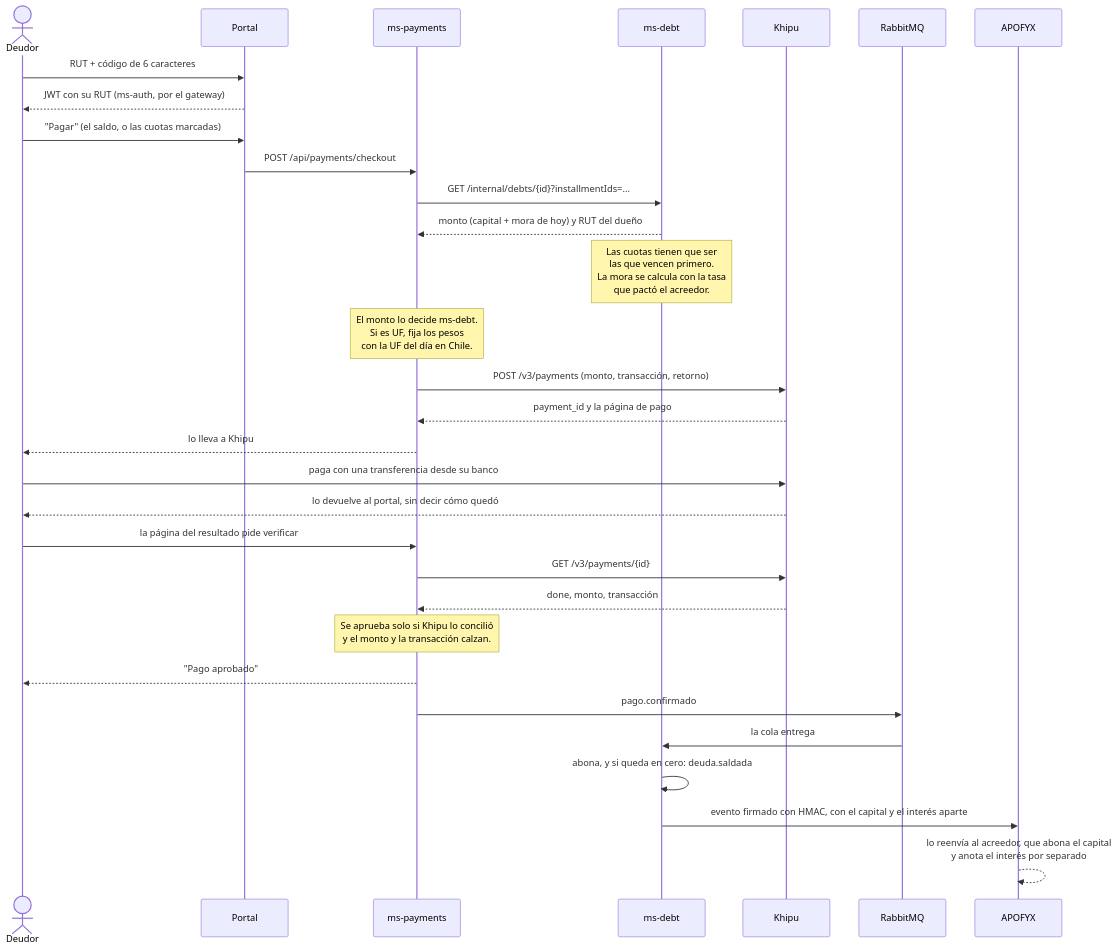
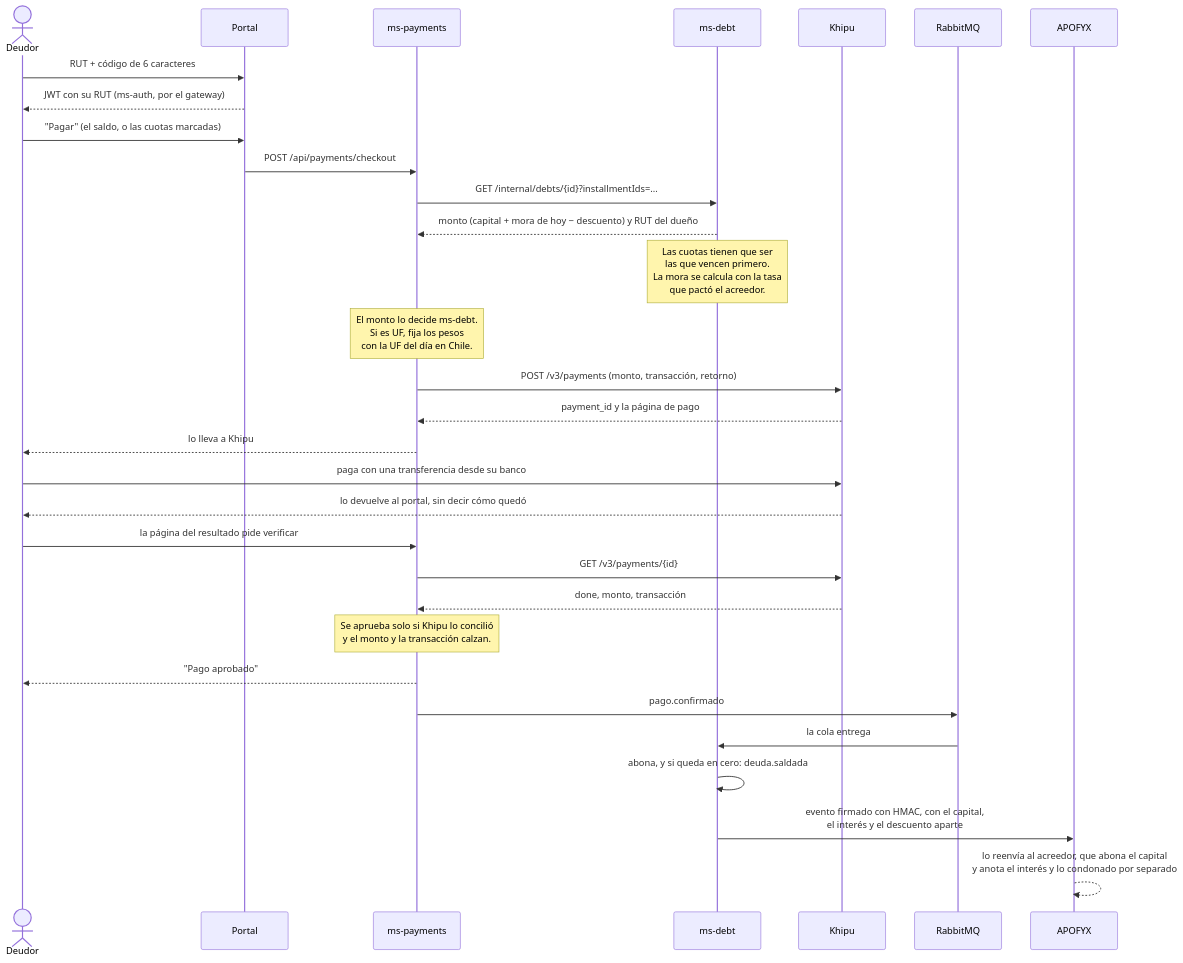
One commit to TechnicalBridge/TB_web changed the tenth of 15 diagrams in README.md. Above: the diagram before and after it, drawn with Mermaid. The commit also changed other lines of this file, not shown here.

First line of the commit message:
docs: README con las vistas 4+1, BPMN y flujos (#70)

````diff
--- a/README.md
+++ b/README.md
@@ -888,37 +1140,37 @@
 ```mermaid
 sequenceDiagram
     actor D as Deudor
     participant P as Portal
     participant Y as ms-payments
     participant M as ms-debt
     participant K as Khipu
     participant R as RabbitMQ
     participant X as APOFYX
 
     D->>P: RUT + código de 6 caracteres
     P-->>D: JWT con su RUT (ms-auth, por el gateway)
 
     D->>P: "Pagar" (el saldo, o las cuotas marcadas)
     P->>Y: POST /api/payments/checkout
     Y->>M: GET /internal/debts/{id}?installmentIds=...
-    M-->>Y: monto (capital + mora de hoy) y RUT del dueño
+    M-->>Y: monto (capital + mora de hoy − descuento) y RUT del dueño
     Note over M: Las cuotas tienen que ser<br/>las que vencen primero.<br/>La mora se calcula con la tasa<br/>que pactó el acreedor.
     Note over Y: El monto lo decide ms-debt.<br/>Si es UF, fija los pesos<br/>con la UF del día en Chile.
     Y->>K: POST /v3/payments (monto, transacción, retorno)
     K-->>Y: payment_id y la página de pago
     Y-->>D: lo lleva a Khipu
 
     D->>K: paga con una transferencia desde su banco
     K-->>D: lo devuelve al portal, sin decir cómo quedó
     D->>Y: la página del resultado pide verificar
     Y->>K: GET /v3/payments/{id}
     K-->>Y: done, monto, transacción
     Note over Y: Se aprueba solo si Khipu lo concilió<br/>y el monto y la transacción calzan.
     Y-->>D: "Pago aprobado"
 
     Y->>R: pago.confirmado
     R->>M: la cola entrega
     M->>M: abona, y si queda en cero: deuda.saldada
-    M->>X: evento firmado con HMAC, con el capital y el interés aparte
-    X-->>X: lo reenvía al acreedor, que abona el capital<br/>y anota el interés por separado
+    M->>X: evento firmado con HMAC, con el capital,<br/>el interés y el descuento aparte
+    X-->>X: lo reenvía al acreedor, que abona el capital<br/>y anota el interés y lo condonado por separado
 ```
````
